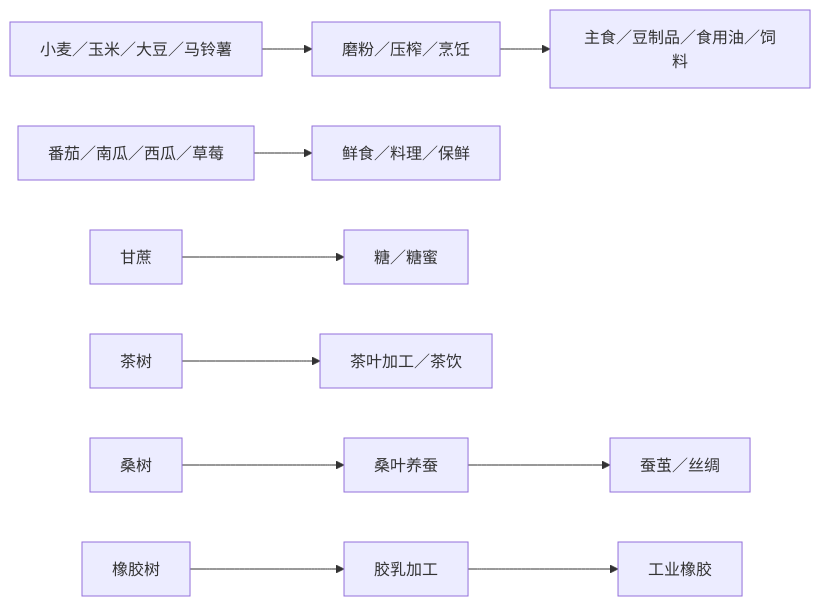
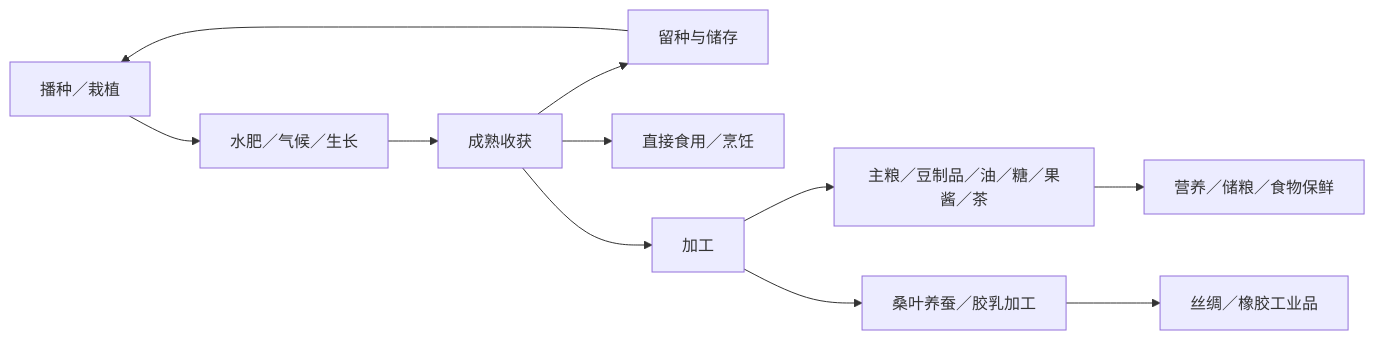
One commit to XDIOEZ/TerraFlat changed the diagram in 开发文档文件夹/03_生存制作与农业/新增作物与食物产业链总表.md. Above: the diagram before and after it, drawn with Mermaid. The commit also changed other lines of this file, not shown here.

````diff
--- a/开发文档文件夹/03_生存制作与农业/新增作物与食物产业链总表.md
+++ b/开发文档文件夹/03_生存制作与农业/新增作物与食物产业链总表.md
@@ -60,10 +110,13 @@
 ```mermaid
 flowchart LR
-    A[小麦／玉米／大豆／马铃薯] --> B[磨粉／压榨／烹饪]
-    B --> C[主食／豆制品／食用油／饲料]
-    D[番茄／南瓜／西瓜／草莓] --> E[鲜食／料理／保鲜]
-    F[甘蔗] --> G[糖／糖蜜]
-    H[茶树] --> I[茶叶加工／茶饮]
-    J[桑树] --> K[桑叶养蚕] --> L[蚕茧／丝绸]
-    M[橡胶树] --> N[胶乳加工] --> O[工业橡胶]
+    A[播种／栽植] --> B[水肥／气候／生长]
+    B --> C[成熟收获]
+    C --> D[留种与储存]
+    C --> E[直接食用／烹饪]
+    C --> F[加工]
+    D --> A
+    F --> G[主粮／豆制品／油／糖／果酱／茶]
+    G --> H[营养／储粮／食物保鲜]
+    F --> I[桑叶养蚕／胶乳加工]
+    I --> J[丝绸／橡胶工业品]
 ```
````
